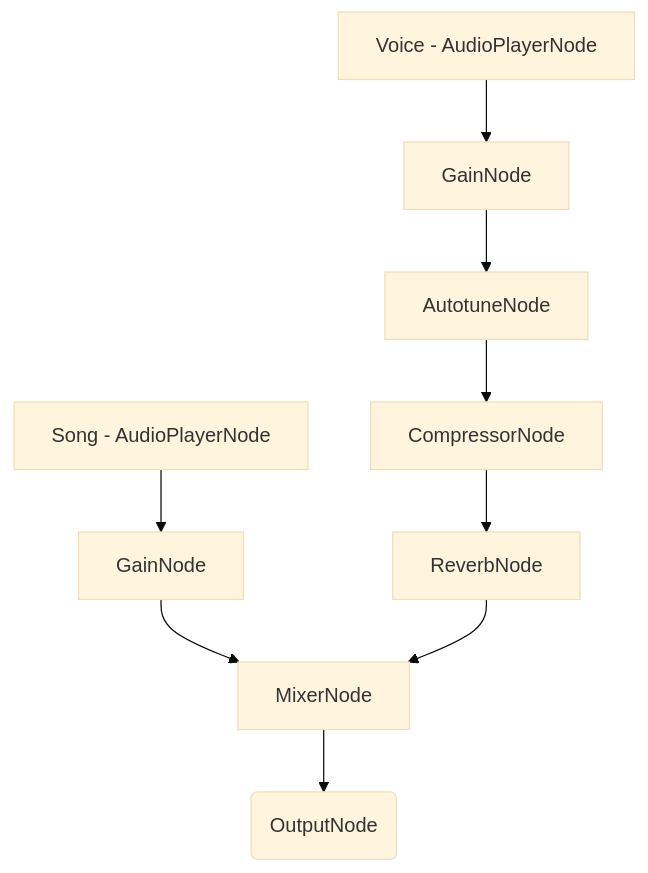
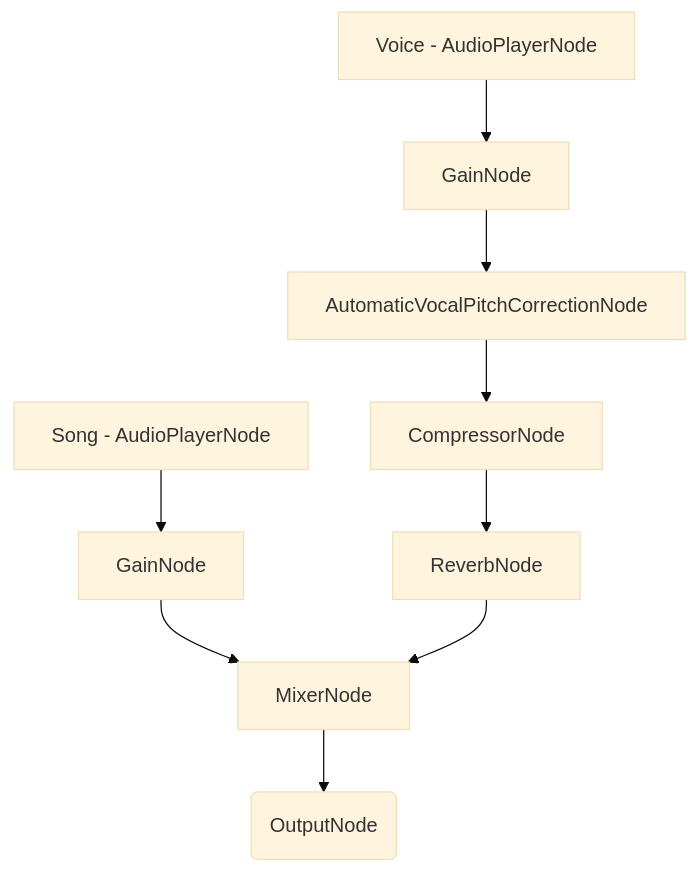
Before and after one commit to switchboard-sdk/karaoke-app-android: the third of 3 diagrams in README.md, drawn with Mermaid (base theme).

Commit message:
README change

````diff
--- a/README.md
+++ b/README.md
@@ -100,11 +100,11 @@
 ```mermaid
 flowchart TD
 idSong[Song - AudioPlayerNode]-->idSongGain[GainNode]
 idSongGain-->idMixer[MixerNode]
 idVocal[Voice - AudioPlayerNode]-->idVoiceGain[GainNode]
-idVoiceGain-->idAutotune[AutotuneNode]
-idAutotune-->idCompressor[CompressorNode]
+idVoiceGain-->idAvpc[AutomaticVocalPitchCorrectionNode]
+idAvpc-->idCompressor[CompressorNode]
 idCompressor-->idReverb[ReverbNode]
 idReverb-->idMixer[MixerNode]
 idMixer-->idOutput(OutputNode)
 ```
````
